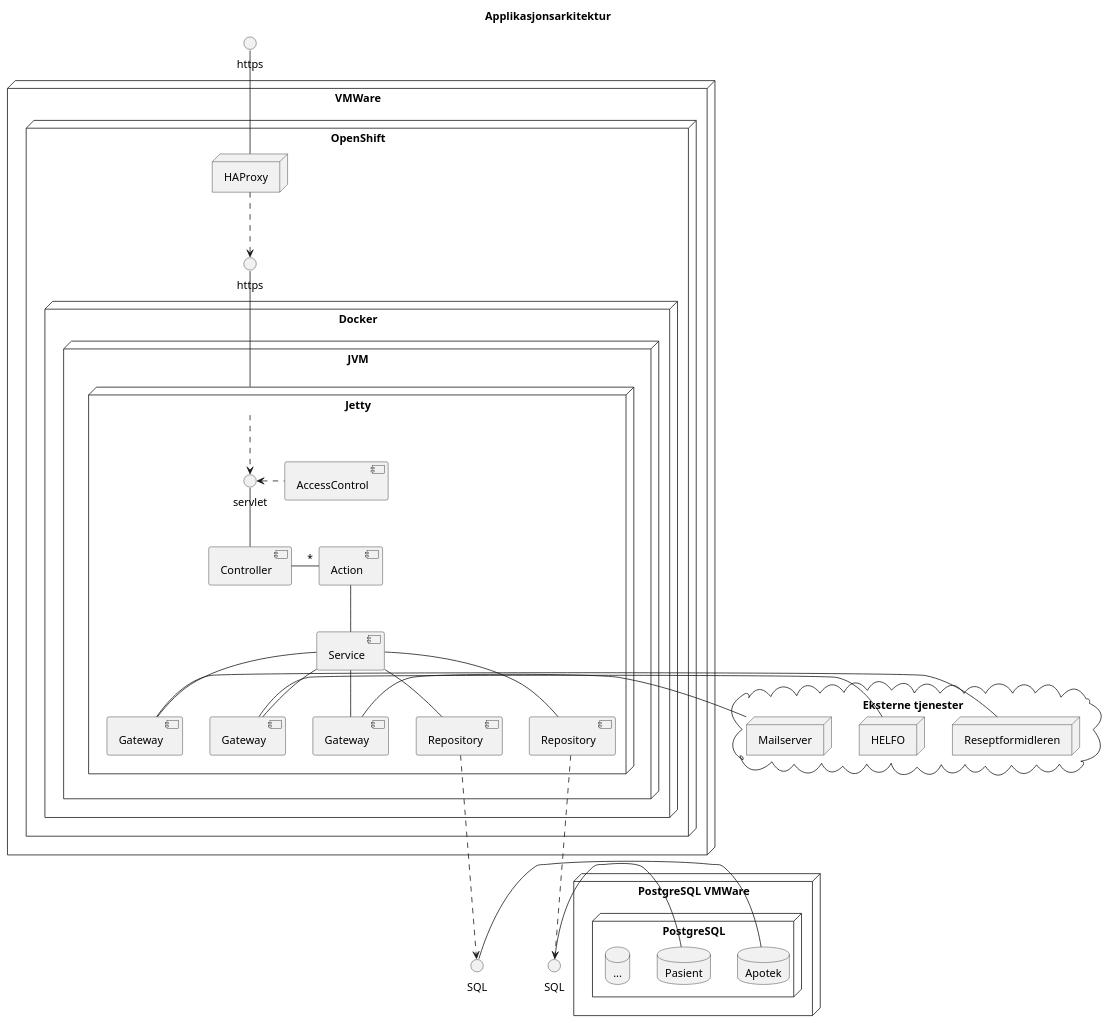
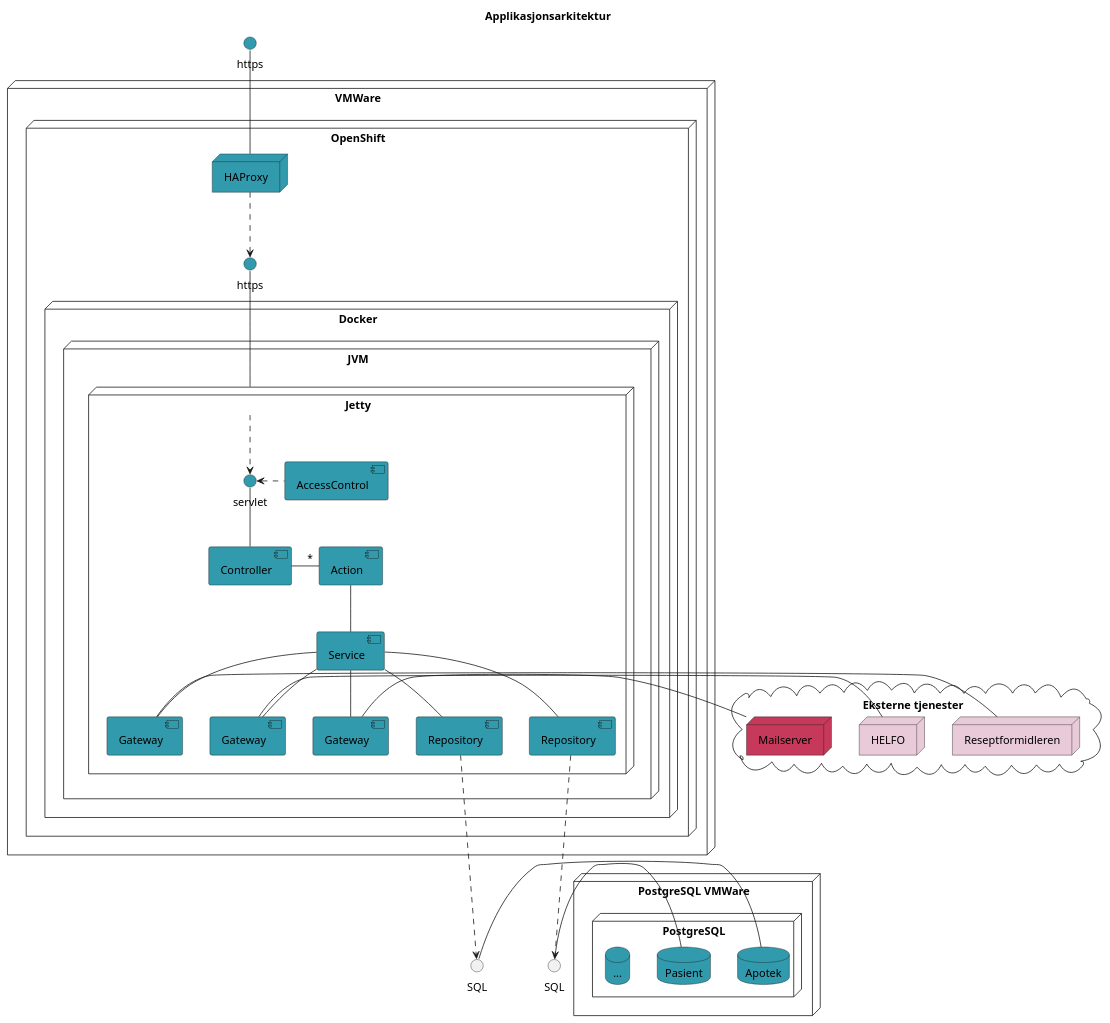
One commit to sopra-steria-norge/pharmacy.no changed the diagram in doc/uml/component-application-architecture.puml. Above: the diagram before and after it, drawn with PlantUML. The commit also changed 2 other files, not shown here.

```diff
--- a/doc/uml/component-application-architecture.puml
+++ b/doc/uml/component-application-architecture.puml
@@ -1,68 +1,73 @@
+@startuml
+
 title Applikasjonsarkitektur
 
 node VMWare {
     node OpenShift {
-        node HAProxy
+        node HAProxy  #319aad
     
         node Docker {
             node JVM {
                 node Jetty {
-                    component AccessControl
-                    component Controller
-                    component Action
-                    component Service
-                    component "Gateway" as RFGateway
-                    component "Gateway" as HELFOGateway
-                    component "Gateway" as MailGateway
-                    component "Repository" as ApotekRepository
-                    component "Repository" as PasientRepository
+                    component AccessControl #319aad
+                    component Controller #319aad
+                    component Action #319aad
+                    component Service #319aad
+                    component "Gateway" as RFGateway #319aad
+                    component "Gateway" as HELFOGateway #319aad
+                    component "Gateway" as MailGateway #319aad
+                    component "Repository" as ApotekRepository #319aad
+                    component "Repository" as PasientRepository #319aad
                     
-                    () servlet
+                    () servlet  #319aad
                     servlet -down- Controller
                     
                     Controller - "*" Action
                     Action -down- Service
                     Service -down- ApotekRepository
                     Service -down- PasientRepository
                     Service -- RFGateway
                     Service -- HELFOGateway
                     Service -- MailGateway
                     
                     AccessControl .left.> servlet
                 }
                 Jetty ..> servlet
             }
         }
-        () "https" as jettyhttps
+        () "https" as jettyhttps #319aad
         jettyhttps -down- Jetty
         
         HAProxy .down.> jettyhttps
     }
-}    
+}
+() https #319aad
 https -down- HAProxy
 
 node "PostgreSQL VMWare" {
     node PostgreSQL {
-        database Apotek
-        database Pasient
-        database "..." as db
+        database Apotek  #319aad
+        database Pasient  #319aad
+        database "..." as db  #319aad
     }
 }
 () "SQL" as ApotekSQL
 ApotekSQL - Apotek
 
 () "SQL" as PasientSQL
 PasientSQL - Pasient
 
 ApotekRepository .down.> ApotekSQL
 PasientRepository .down.> PasientSQL
 
 cloud "Eksterne tjenester" {
-    node Reseptformidleren
-    node HELFO
-    node Mailserver
+    node Reseptformidleren #e8cad8
+    node HELFO #e8cad8
+    node Mailserver #c7395b
 }
 
 RFGateway -right- Reseptformidleren
 HELFOGateway -right- HELFO
 MailGateway -right- Mailserver
+
+@enduml
```
